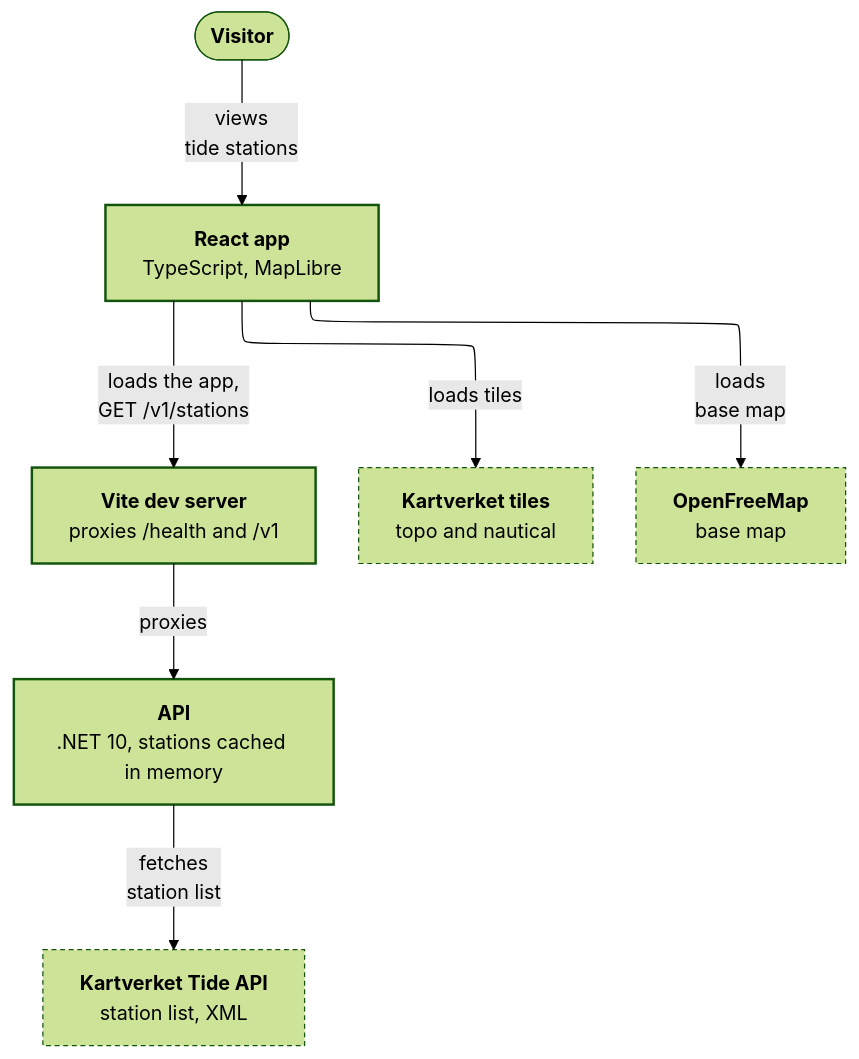
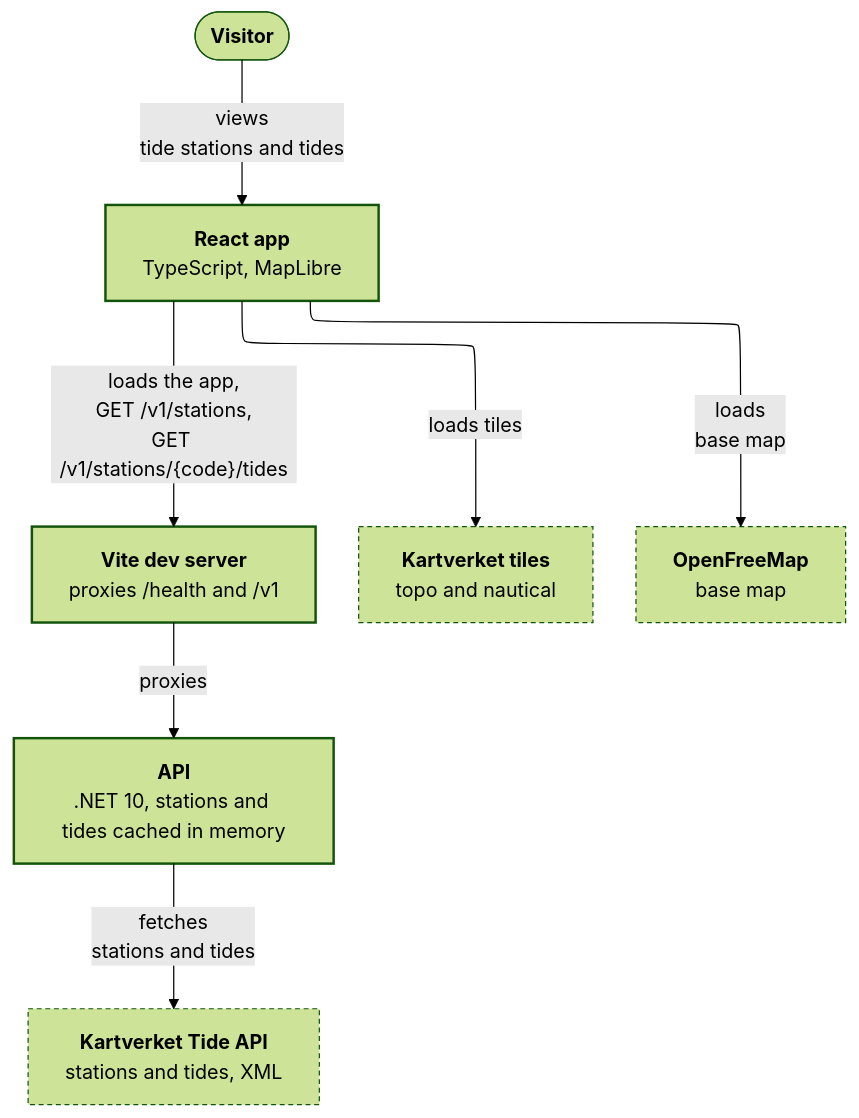
Before and after one commit to doccelick/tides: the second of 3 diagrams in docs/architecture.md, drawn with Mermaid (forest theme). The commit also changed other lines of this file and 15 other files, not shown here.

````diff
--- a/docs/architecture.md
+++ b/docs/architecture.md
@@ -42,29 +42,29 @@
 ```mermaid
 ---
 config:
   layout: elk
   elk:
     mergeEdges: false
     nodePlacementStrategy: BRANDES_KOEPF
 ---
 flowchart TB
     visitor(["<b>Visitor</b>"])
 
     spa["<b>React app</b><br/>TypeScript, MapLibre"]:::tides
     vite["<b>Vite dev server</b><br/>proxies /health and /v1"]:::tides
-    api["<b>API</b><br/>.NET 10, stations cached in memory"]:::tides
+    api["<b>API</b><br/>.NET 10, stations and tides cached in memory"]:::tides
 
     tiles["<b>Kartverket tiles</b><br/>topo and nautical"]:::ext
     baseMap["<b>OpenFreeMap</b><br/>base map"]:::ext
-    tideApi["<b>Kartverket Tide API</b><br/>station list, XML"]:::ext
+    tideApi["<b>Kartverket Tide API</b><br/>stations and tides, XML"]:::ext
 
-    visitor -- "views<br/>tide stations" --> spa
-    spa -- "loads the app,<br/>GET /v1/stations" --> vite
+    visitor -- "views<br/>tide stations and tides" --> spa
+    spa -- "loads the app,<br/>GET /v1/stations,<br/>GET /v1/stations/{code}/tides" --> vite
     vite -- "proxies" --> api
     spa -- "loads tiles" --> tiles
     spa -- "loads<br/>base map" --> baseMap
-    api -- "fetches<br/>station list" --> tideApi
+    api -- "fetches<br/>stations and tides" --> tideApi
 
     classDef tides stroke-width:2px
     classDef ext stroke-dasharray:4 3
 ```
````
